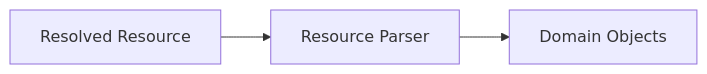
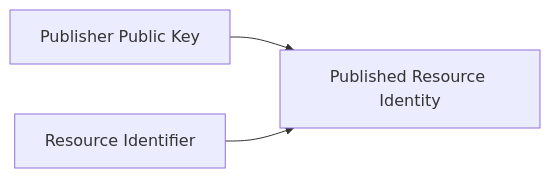
The fourth of 13 diagrams in docs/decisions/0002-domain-resource-model.md (kjvonly/kjvonly.bible), drawn with Mermaid before and after one commit. The commit also changed other lines of this file, not shown here.

````diff
--- a/docs/decisions/0002-domain-resource-model.md
+++ b/docs/decisions/0002-domain-resource-model.md
@@ -787,9 +406,10 @@
 ```mermaid
 flowchart LR
 
-    RESOURCE["Resolved Resource"]
+    PUBLISHER["Publisher Public Key"]
 
-    RESOURCE --> PARSER["Resource Parser"]
+    RESOURCE_ID["Resource Identifier"]
 
-    PARSER --> OBJECTS["Domain Objects"]
+    PUBLISHER --> IDENTITY["Published Resource Identity"]
+    RESOURCE_ID --> IDENTITY
 ```
````
